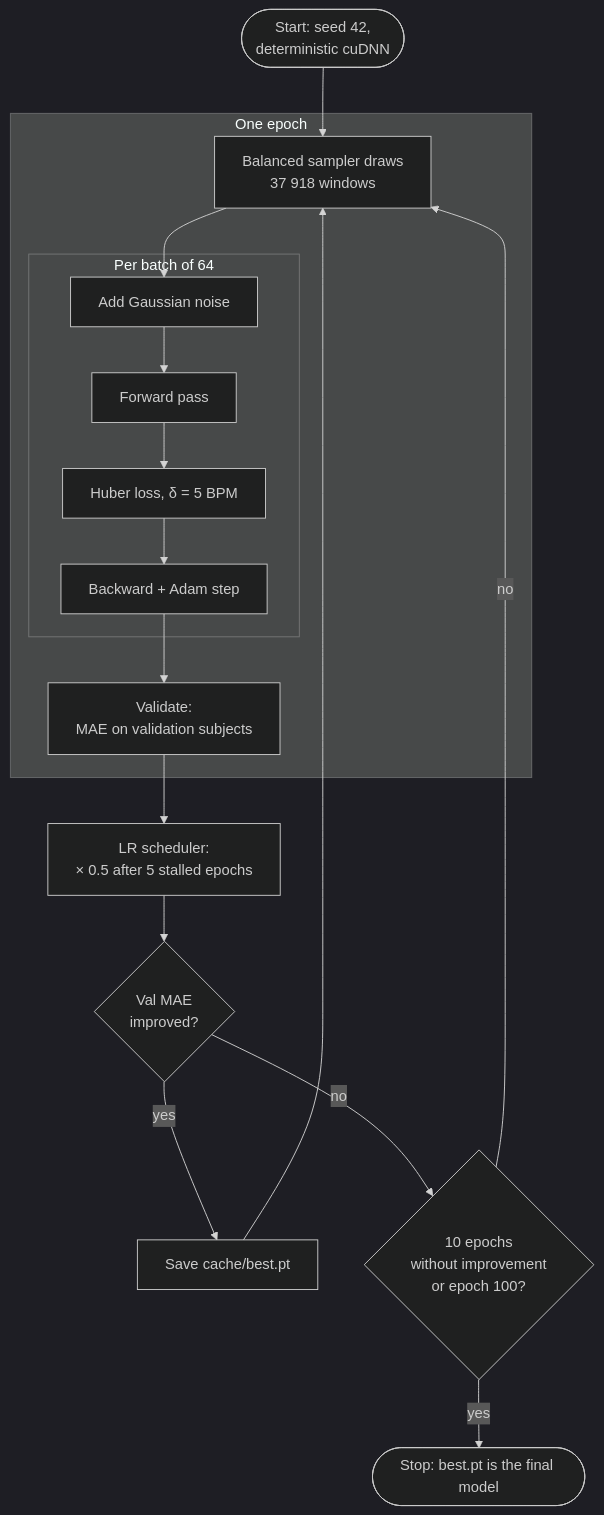
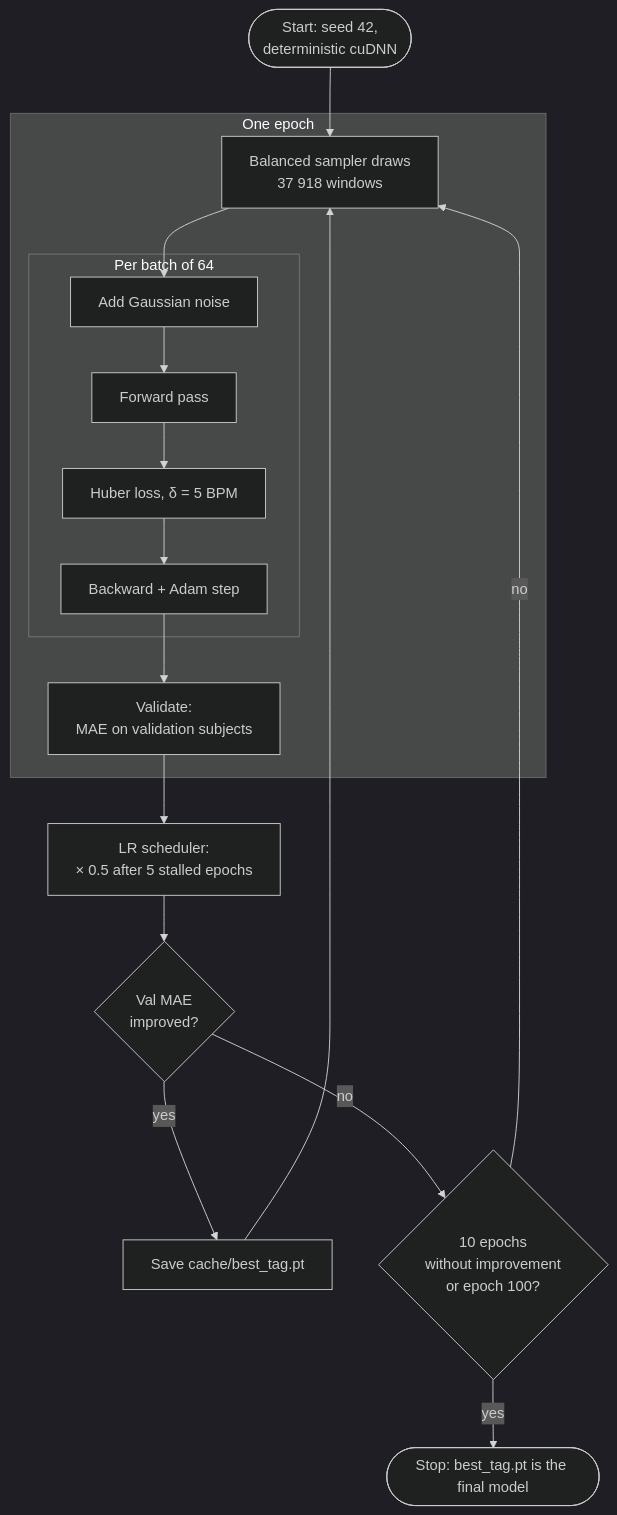
The third of 3 diagrams in docs/model-and-training.md (havedere/BSAA_HR), drawn with Mermaid (dark theme) before and after one commit. The commit also changed other lines of this file and 8 other files, not shown here.

````diff
--- a/docs/model-and-training.md
+++ b/docs/model-and-training.md
@@ -158,19 +158,19 @@
 ```mermaid
 flowchart TB
     S([Start: seed 42,<br/>deterministic cuDNN]) --> E
     subgraph EPOCH["One epoch"]
         E["Balanced sampler draws<br/>37 918 windows"] --> B
         subgraph BATCH["Per batch of 64"]
             B["Add Gaussian noise"] --> F["Forward pass"]
             F --> LO["Huber loss, δ = 5 BPM"]
             LO --> BW["Backward + Adam step"]
         end
         BW --> V["Validate:<br/>MAE on validation subjects"]
     end
     V --> SCH["LR scheduler:<br/>× 0.5 after 5 stalled epochs"]
     SCH --> Q{Val MAE<br/>improved?}
-    Q -- yes --> CK["Save cache/best.pt"] --> E
+    Q -- yes --> CK["Save cache/best_tag.pt"] --> E
     Q -- no --> ES{10 epochs<br/>without improvement<br/>or epoch 100?}
     ES -- no --> E
-    ES -- yes --> X([Stop: best.pt is the final model])
+    ES -- yes --> X([Stop: best_tag.pt is the final model])
 ```
````
